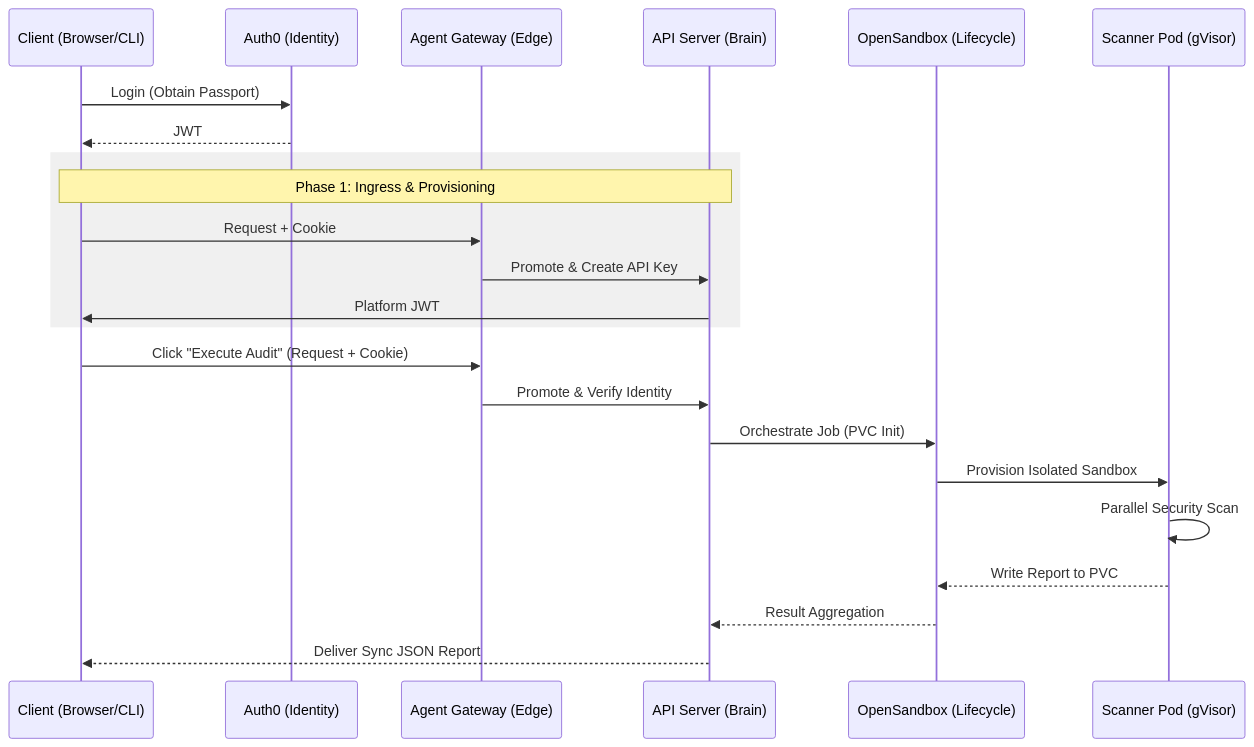
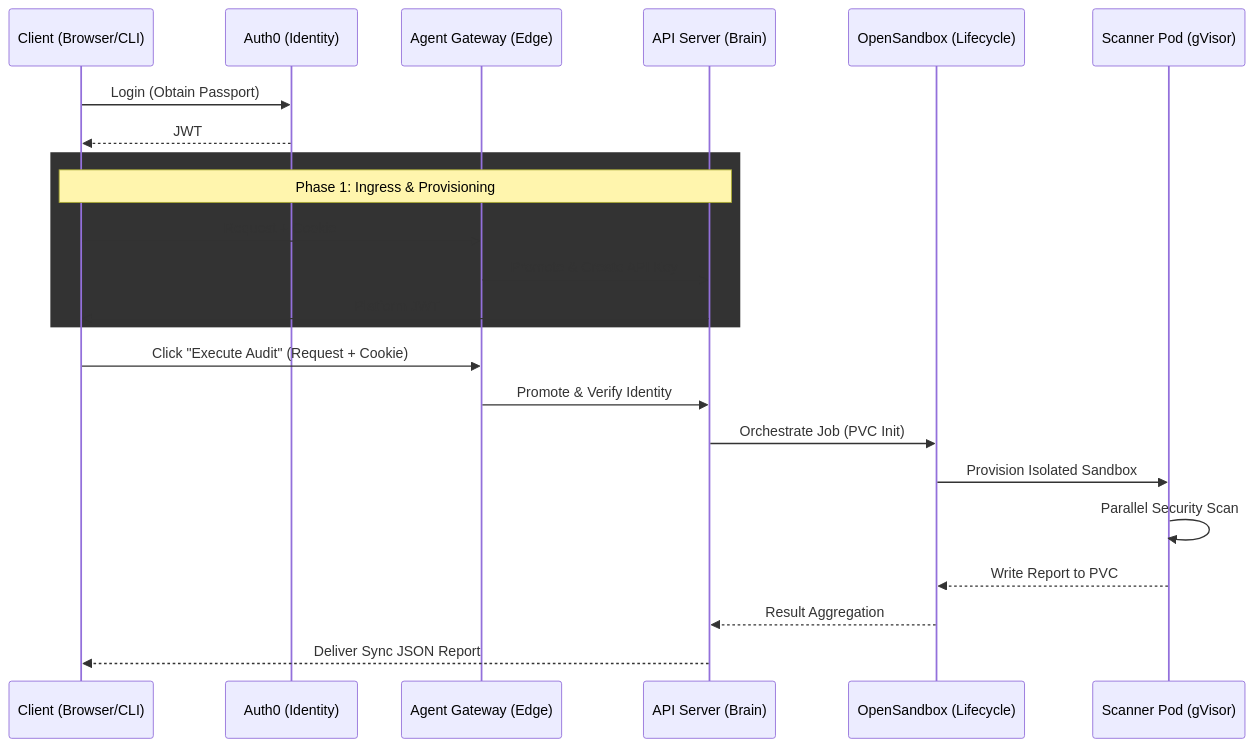
One commit to 01cloud/01-Sandbox changed the diagram in docs/technicalprocessguid.md. Above: the diagram before and after it, drawn with Mermaid. The commit also changed 11 other files, not shown here.

````diff
--- a/docs/technicalprocessguid.md
+++ b/docs/technicalprocessguid.md
@@ -9,28 +9,28 @@
 ```mermaid
 sequenceDiagram
     participant User as Client (Browser/CLI)
     participant Auth0 as Auth0 (Identity)
     participant GW as Agent Gateway (Edge)
     participant API as API Server (Brain)
     participant OSS as OpenSandbox (Lifecycle)
     participant POD as Scanner Pod (gVisor)
 
     User->>Auth0: Login (Obtain Passport)
     Auth0-->>User: JWT
     
-    rect rgb(240, 240, 240)
+    rect(240, 240, 240)
     Note over User, API: Phase 1: Ingress & Provisioning
     User->>GW: Request + Cookie
     GW->>API: Promote & Create API Key
     API->>User: Platform JWT
     end
 
     User->>GW: Click "Execute Audit" (Request + Cookie)
     GW->>API: Promote & Verify Identity
     API->>OSS: Orchestrate Job (PVC Init)
     OSS->>POD: Provision Isolated Sandbox
     POD->>POD: Parallel Security Scan
     POD-->>OSS: Write Report to PVC
     OSS-->>API: Result Aggregation
     API-->>User: Deliver Sync JSON Report
 ```
````
